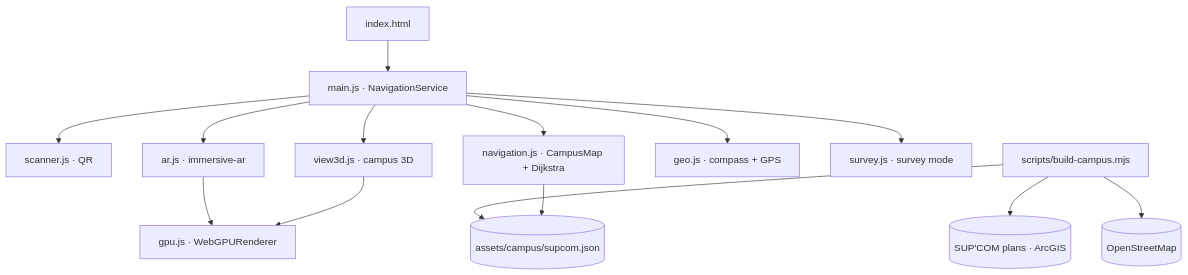
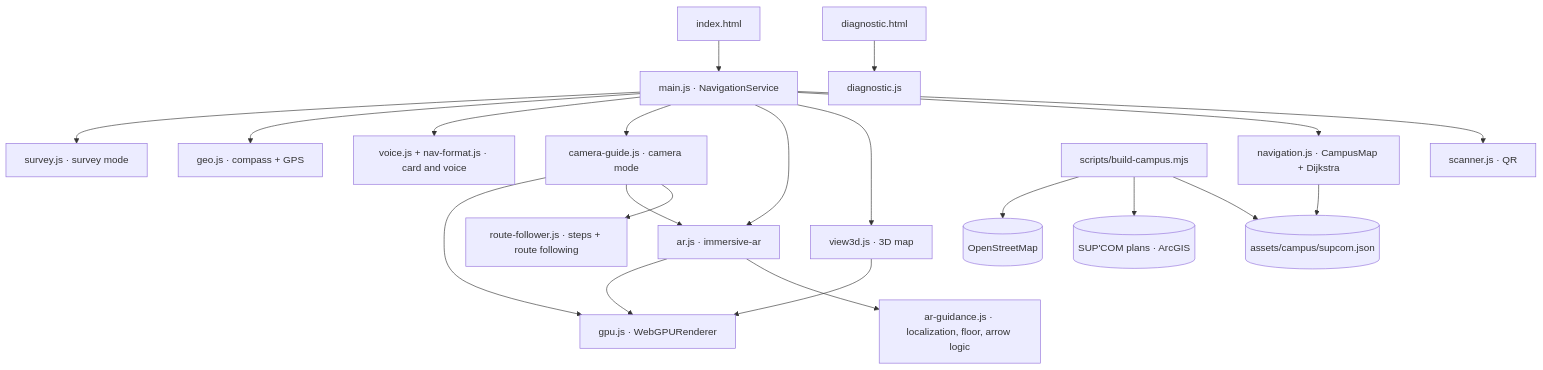
Before and after one commit to yessinomhiri-cpu/indoor-wayfinder: the diagram in README.md, drawn with Mermaid. The commit also changed other lines of this file and 26 other files, not shown here.

First line of the commit message:
feat: camera mode, voice guidance, design polish (v3.5.1)

````diff
--- a/README.md
+++ b/README.md
@@ -71,16 +78,23 @@
 ```mermaid
 flowchart TB
     UI[index.html] --> MAIN[main.js · NavigationService]
     MAIN --> SCAN[scanner.js · QR]
     MAIN --> NAV[navigation.js · CampusMap + Dijkstra]
-    MAIN --> VIEW[view3d.js · campus 3D]
+    MAIN --> VIEW[view3d.js · 3D map]
     MAIN --> AR[ar.js · immersive-ar]
+    MAIN --> CAM[camera-guide.js · camera mode]
+    MAIN --> VOICE[voice.js + nav-format.js · card and voice]
     MAIN --> GEO[geo.js · compass + GPS]
     MAIN --> SURVEY[survey.js · survey mode]
+    AR --> GUIDE[ar-guidance.js · localization, floor, arrow logic]
+    CAM --> FOLLOW[route-follower.js · steps + route following]
+    CAM --> AR
     VIEW --> GPU[gpu.js · WebGPURenderer]
     AR --> GPU
+    CAM --> GPU
     NAV --> DATA[(assets/campus/supcom.json)]
     BUILD[scripts/build-campus.mjs] --> DATA
     BUILD --> ARCGIS[(SUP'COM plans · ArcGIS)]
     BUILD --> OSM[(OpenStreetMap)]
+    DIAG[diagnostic.html] --> DIAGJS[diagnostic.js]
 ```
````
